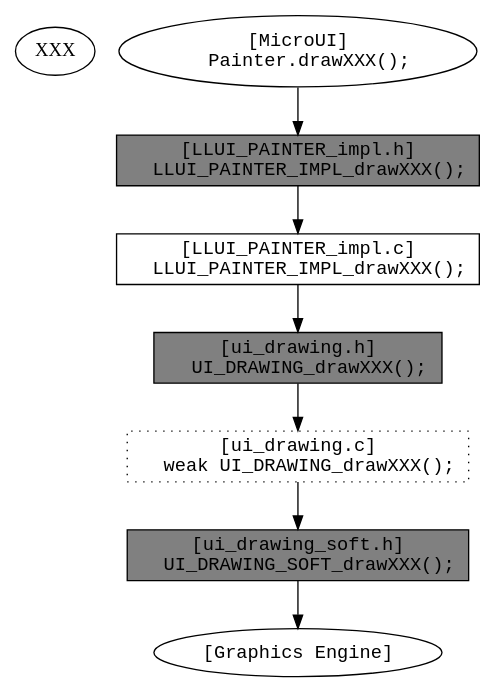
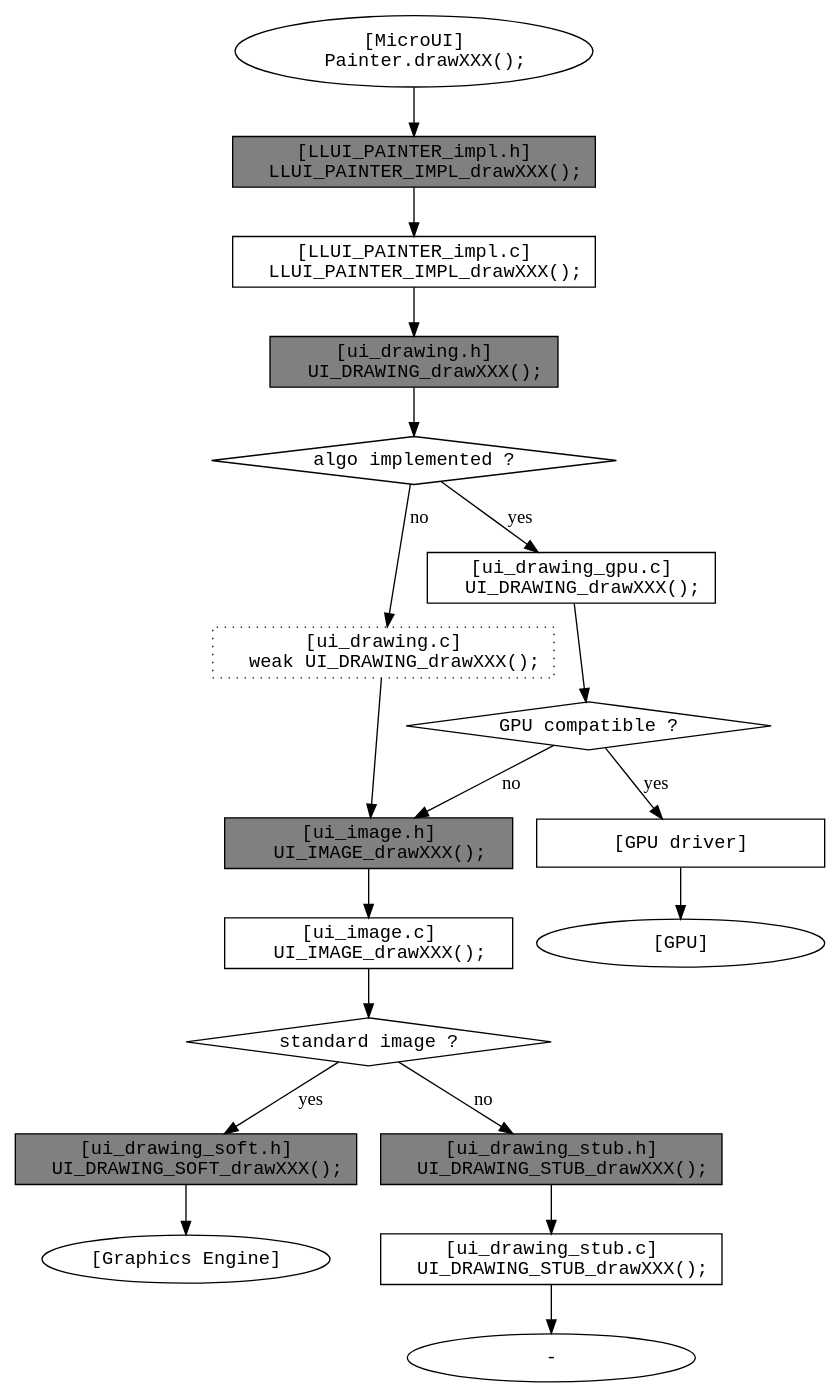
Before and after one commit to MicroEJ/docs: the first of 4 diagrams in VEEPortingGuide/uiImageCore.rst, drawn with Graphviz. The commit also changed other lines of this file, not shown here.

Commit message:
Reorganize Image Renderer and update graphs.

```diff
--- a/VEEPortingGuide/uiImageCore.rst
+++ b/VEEPortingGuide/uiImageCore.rst
@@ -76,28 +56,62 @@
 .. graphviz::
 
    digraph {
-   XXX
       ratio="auto"
       splines="true";
       node [style=filled fillcolor=white shape=rectangle fontname=monospace fontcolor=black width=3];
          
-      // --- ELEMENTS -- //
-         
+      // --- SIMPLE FLOW ELEMENTS -- //
+
       mui [label="[MicroUI]
-      Painter.drawXXX();"  shape=ellipse] 
+      Painter.drawXXX();" shape=ellipse] 
       LLUI_h [label="[LLUI_PAINTER_impl.h]
       LLUI_PAINTER_IMPL_drawXXX();" fillcolor=gray]
       LLUI_c [label="[LLUI_PAINTER_impl.c]
       LLUI_PAINTER_IMPL_drawXXX();"]
       UID_h [label="[ui_drawing.h]
       UI_DRAWING_drawXXX();" fillcolor=gray]
       UID_weak_c [label="[ui_drawing.c]
       weak UI_DRAWING_drawXXX();" style=dotted]
       UID_soft_h [label="[ui_drawing_soft.h]
       UI_DRAWING_SOFT_drawXXX();" fillcolor=gray]
       UID_soft_c [label="[Graphics Engine]" shape=ellipse]
-         
+
+      // --- GPU FLOW ELEMENTS -- //
+
+      UID_cond [label="algo implemented ?" shape=diamond]
+      UID_gpu_c [label="[ui_drawing_gpu.c]
+      UI_DRAWING_drawXXX();"]
+      UID_gpu_cond [label="GPU compatible ?" shape=diamond]
+      UID_gpu_driver [label="[GPU driver]"]
+      UID_gpu_hard [label="[GPU]" shape=ellipse]
+
+      UID_stub_h [label="[ui_drawing_stub.h]
+      UI_DRAWING_STUB_drawXXX();" fillcolor=gray]
+      UID_stub_c [label="[ui_drawing_stub.c]
+      UI_DRAWING_STUB_drawXXX();"]
+      stub [label="-" shape=ellipse]
+
+      // --- MULTIPLE IMAGES FLOW ELEMENTS -- //
+
+      UII_h [label="[ui_image.h]
+      UI_IMAGE_drawXXX();" fillcolor=gray]
+      UII_c [label="[ui_image.c]
+      UI_IMAGE_drawXXX();"]
+      UII_cond [label="standard image ?" shape=diamond]
+
+
       // --- FLOW -- //
 
-      mui->LLUI_h->LLUI_c->UID_h->UID_weak_c->UID_soft_h->UID_soft_c
+      mui->LLUI_h->LLUI_c->UID_h->UID_cond
+      UID_cond->UID_weak_c [label="no"]
+      UID_weak_c->UII_h->UII_c->UII_cond
+      UID_cond->UID_gpu_c [label="yes"]
+      UID_gpu_c->UID_gpu_cond
+      UID_gpu_cond->UII_h [label="no"]
+      UID_gpu_cond->UID_gpu_driver [label="yes"]
+      UID_gpu_driver->UID_gpu_hard
+      UII_cond->UID_soft_h [label="yes"]
+      UII_cond->UID_stub_h [label="no"]
+      UID_soft_h->UID_soft_c
+      UID_stub_h->UID_stub_c->stub
    }
```
